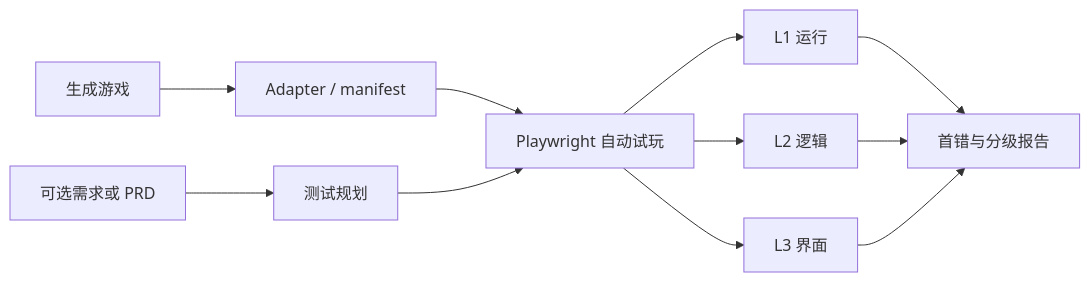
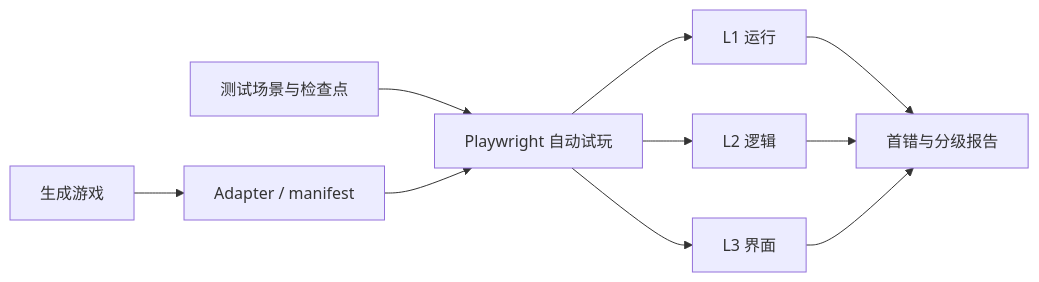
Before and after one commit to yu-xin-c/hy3-game-test-lab: the diagram in docs/architecture.md, drawn with Mermaid. The commit also changed other lines of this file and 6 other files, not shown here.

````diff
--- a/docs/architecture.md
+++ b/docs/architecture.md
@@ -5,13 +5,12 @@
 ```mermaid
 flowchart LR
   G["生成游戏"] --> A["Adapter / manifest"]
-  S["可选需求或 PRD"] --> P["测试规划"]
+  S["测试场景与检查点"] --> R["Playwright 自动试玩"]
   A --> R["Playwright 自动试玩"]
-  P --> R
   R --> L1["L1 运行"]
   R --> L2["L2 逻辑"]
   R --> L3["L3 界面"]
   L1 --> O["首错与分级报告"]
   L2 --> O
   L3 --> O
 ```
````
